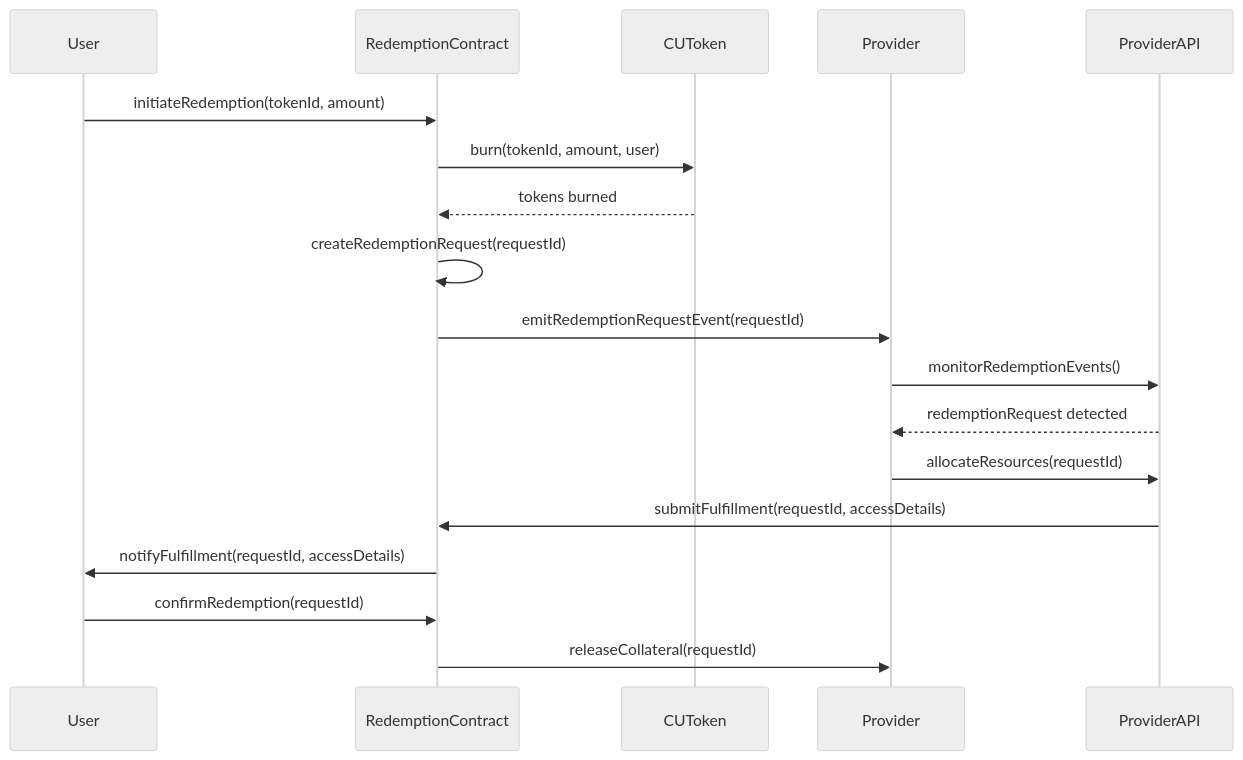
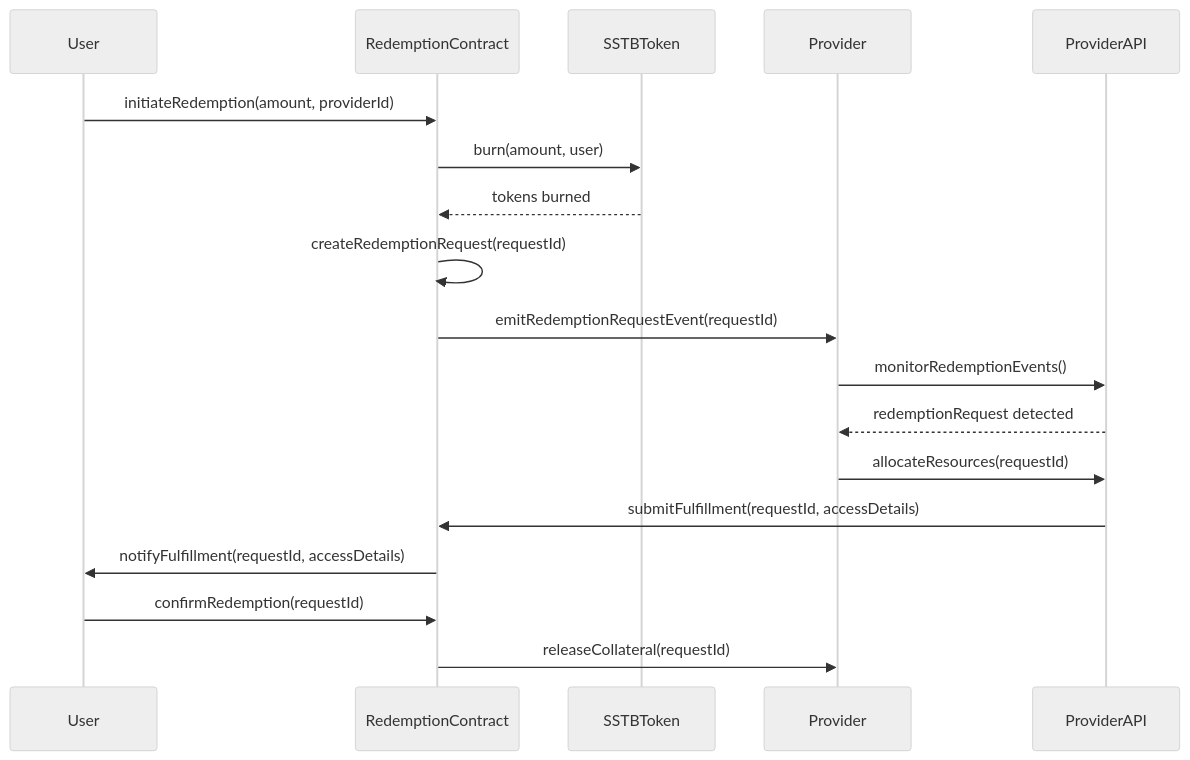
The diagram in content/docs/redemption-process.md (stab3l-admin/stab3l-docs), drawn with Mermaid (neutral theme) before and after one commit. The commit also changed other lines of this file and 45 other files, not shown here.

````diff
--- a/content/docs/redemption-process.md
+++ b/content/docs/redemption-process.md
@@ -38,21 +44,21 @@
 ```mermaid
 sequenceDiagram
     participant User
     participant RedemptionContract
-    participant CUToken
+    participant SSTBToken
     participant Provider
     participant ProviderAPI
 
-    User->>RedemptionContract: initiateRedemption(tokenId, amount)
-    RedemptionContract->>CUToken: burn(tokenId, amount, user)
-    CUToken-->>RedemptionContract: tokens burned
+    User->>RedemptionContract: initiateRedemption(amount, providerId)
+    RedemptionContract->>SSTBToken: burn(amount, user)
+    SSTBToken-->>RedemptionContract: tokens burned
     RedemptionContract->>RedemptionContract: createRedemptionRequest(requestId)
     RedemptionContract->>Provider: emitRedemptionRequestEvent(requestId)
     Provider->>ProviderAPI: monitorRedemptionEvents()
     ProviderAPI-->>Provider: redemptionRequest detected
     Provider->>ProviderAPI: allocateResources(requestId)
     ProviderAPI->>RedemptionContract: submitFulfillment(requestId, accessDetails)
     RedemptionContract->>User: notifyFulfillment(requestId, accessDetails)
     User->>RedemptionContract: confirmRedemption(requestId)
     RedemptionContract->>Provider: releaseCollateral(requestId)
 ```
````
